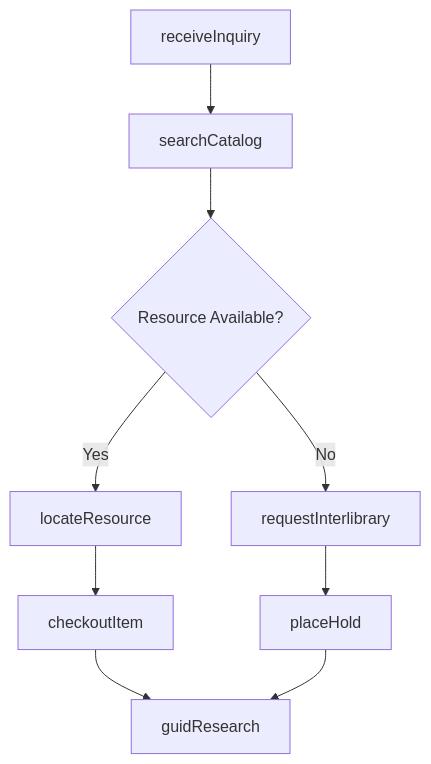
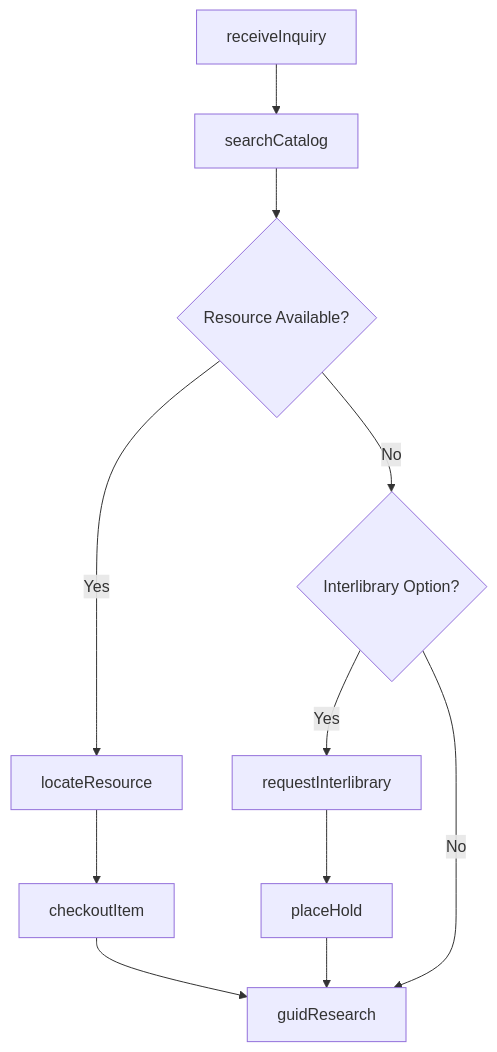
Before and after one commit to dot-org-ai/tasks.org.ai: the third of 4 diagrams in AssistingAndCaringForOthers/ProvideGeneralAssistanceToOthersSuchAsCustomersPatronsOrMotorists/HelpPatronsUseLibraryArchival.mdx, drawn with Mermaid. The commit also changed other lines of this file and 504 other files, not shown here.

First line of the commit message:
feat: Add ER diagrams, state diagrams, and workflow improvements to 96 DWA task files

````diff
--- a/AssistingAndCaringForOthers/ProvideGeneralAssistanceToOthersSuchAsCustomersPatronsOrMotorists/HelpPatronsUseLibraryArchival.mdx
+++ b/AssistingAndCaringForOthers/ProvideGeneralAssistanceToOthersSuchAsCustomersPatronsOrMotorists/HelpPatronsUseLibraryArchival.mdx
@@ -88,11 +115,13 @@
 ```mermaid
 graph TD
     A[receiveInquiry] --> B[searchCatalog]
     B --> C{Resource Available?}
     C -->|Yes| D[locateResource]
-    C -->|No| E[requestInterlibrary]
-    D --> F[checkoutItem]
-    E --> G[placeHold]
-    F --> H[guidResearch]
-    G --> H
+    C -->|No| E{Interlibrary Option?}
+    E -->|Yes| F[requestInterlibrary]
+    E -->|No| G[guidResearch]
+    D --> H[checkoutItem]
+    F --> I[placeHold]
+    H --> G
+    I --> G
 ```
````
